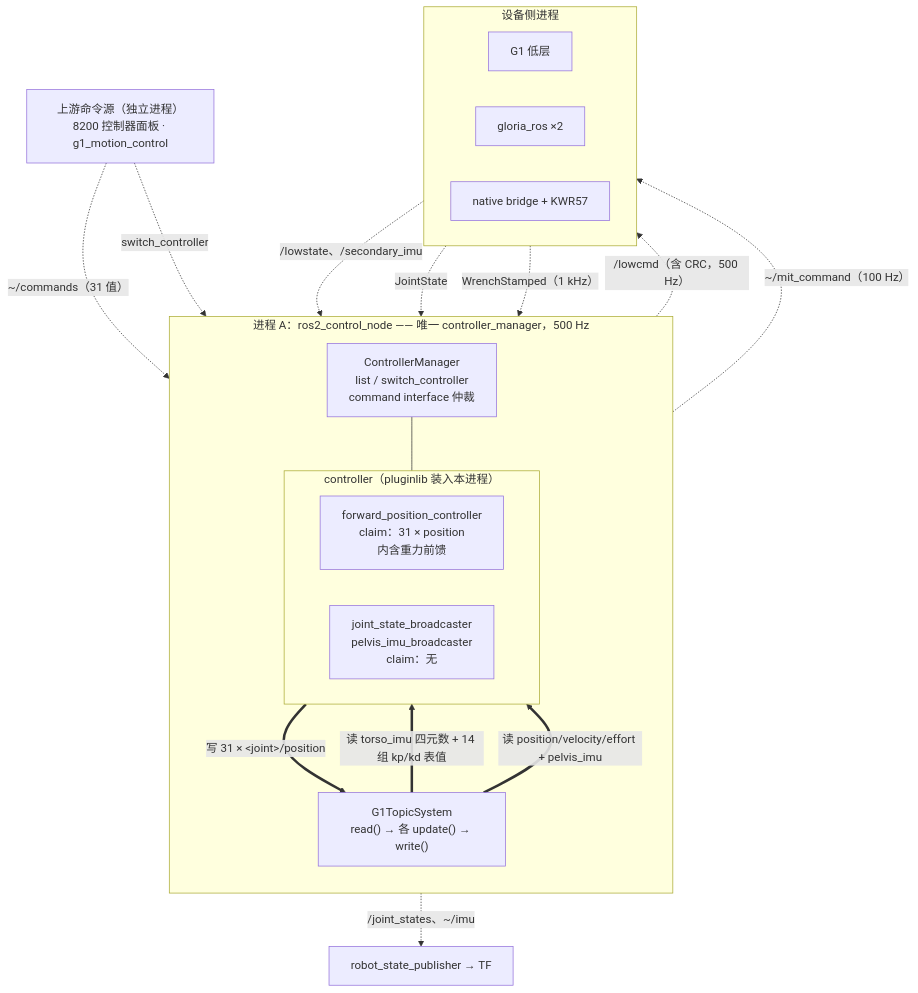
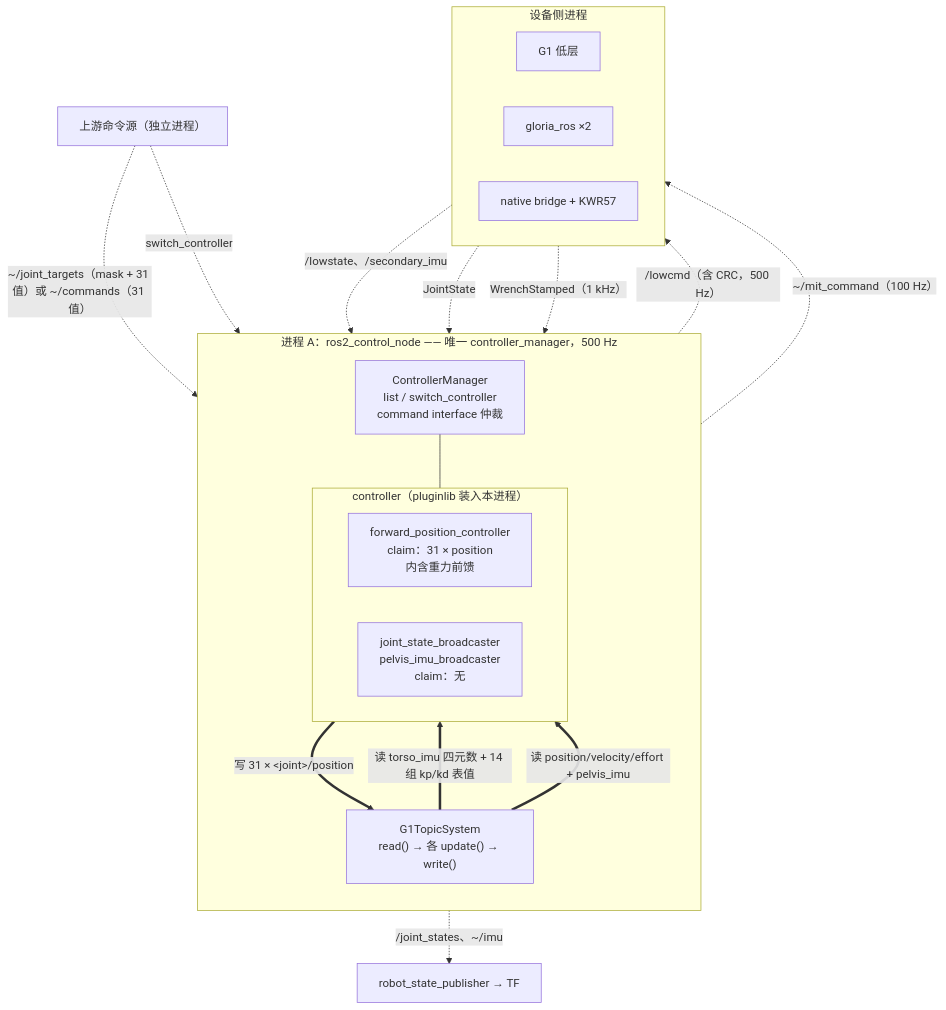
Before and after one commit to yizhongzhang1989/Unitree_G1_Workspace: the first of 2 diagrams in src/unitree_g1_ros2_control/README.md, drawn with Mermaid. The commit also changed other lines of this file and 378 other files, not shown here.

````diff
--- a/src/unitree_g1_ros2_control/README.md
+++ b/src/unitree_g1_ros2_control/README.md
@@ -33,39 +33,39 @@
 ```mermaid
 flowchart TB
-  UP["上游命令源（独立进程）<br/>8200 控制器面板 · g1_motion_control"]
+  UP["上游命令源（独立进程）"]
 
   subgraph P1["进程 A：ros2_control_node —— 唯一 controller_manager，500 Hz"]
     direction TB
     CM["ControllerManager<br/>list / switch_controller<br/>command interface 仲裁"]
     subgraph CTRL["controller（pluginlib 装入本进程）"]
       direction LR
       FPC["forward_position_controller<br/>claim：31 × position<br/>内含重力前馈"]
       BC["joint_state_broadcaster<br/>pelvis_imu_broadcaster<br/>claim：无"]
     end
     HW["G1TopicSystem<br/>read() → 各 update() → write()"]
   end
 
   subgraph DEV["设备侧进程"]
     direction LR
     G1["G1 低层"]
     GLO["gloria_ros ×2"]
     BRG["native bridge + KWR57"]
   end
 
   RSP["robot_state_publisher → TF"]
 
-  UP -. "~/commands（31 值）" .-> FPC
+  UP -. "~/joint_targets（mask + 31 值）或 ~/commands（31 值）" .-> FPC
   UP -. "switch_controller" .-> CM
   CM --- CTRL
 
   FPC ==> |"写 31 × &lt;joint&gt;/position"| HW
   HW ==> |"读 torso_imu 四元数 + 14 组 kp/kd 表值"| FPC
   HW ==> |"读 position/velocity/effort + pelvis_imu"| BC
 
   HW -. "/lowcmd（含 CRC，500 Hz）" .-> G1
   G1 -. "/lowstate、/secondary_imu" .-> HW
   HW -. "~/mit_command（100 Hz）" .-> GLO
   GLO -. "JointState" .-> HW
   BRG -. "WrenchStamped（1 kHz）" .-> HW
   BC -. "/joint_states、~/imu" .-> RSP
 ```
````
